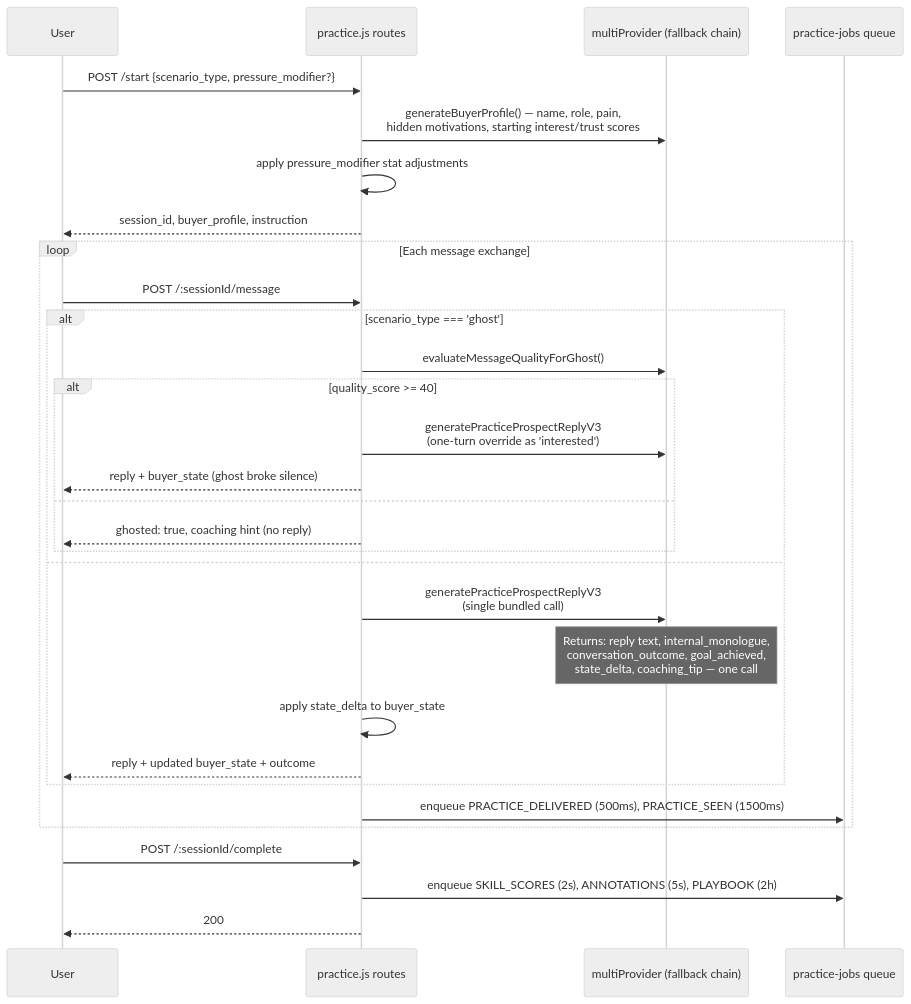
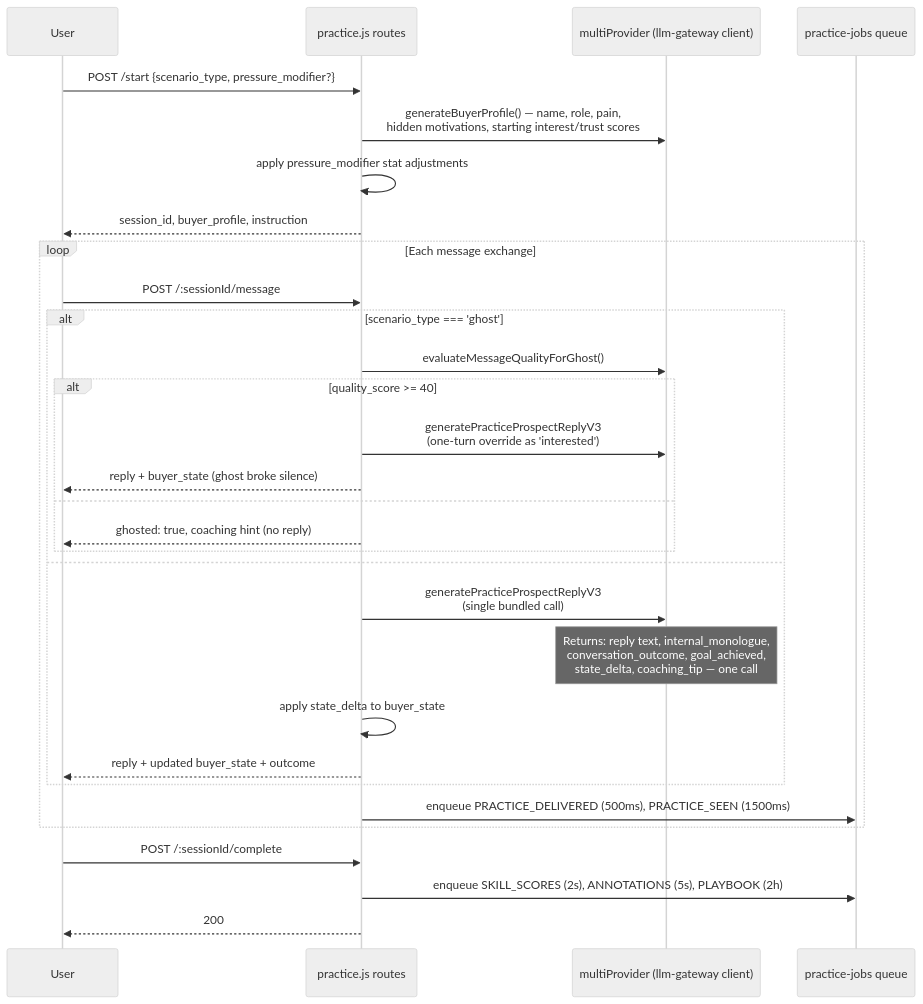
The seventh of 8 diagrams in ARCHITECTURE.md (Devpaul-01/Foundersales), drawn with Mermaid (neutral theme) before and after one commit. The commit also changed other lines of this file and 4 other files, not shown here.

First line of the commit message:
docs: update for llm-gateway migration

````diff
--- a/ARCHITECTURE.md
+++ b/ARCHITECTURE.md
@@ -322,35 +337,35 @@
 ```mermaid
 sequenceDiagram
     participant U as User
     participant R as practice.js routes
-    participant AI as multiProvider (fallback chain)
+    participant AI as multiProvider (llm-gateway client)
     participant Q as practice-jobs queue
 
     U->>R: POST /start {scenario_type, pressure_modifier?}
     R->>AI: generateBuyerProfile() — name, role, pain,<br/>hidden motivations, starting interest/trust scores
     R->>R: apply pressure_modifier stat adjustments
     R-->>U: session_id, buyer_profile, instruction
 
     loop Each message exchange
         U->>R: POST /:sessionId/message
         alt scenario_type === 'ghost'
             R->>AI: evaluateMessageQualityForGhost()
             alt quality_score >= 40
                 R->>AI: generatePracticeProspectReplyV3<br/>(one-turn override as 'interested')
                 R-->>U: reply + buyer_state (ghost broke silence)
             else
                 R-->>U: ghosted: true, coaching hint (no reply)
             end
         else
             R->>AI: generatePracticeProspectReplyV3<br/>(single bundled call)
             Note over AI: Returns: reply text, internal_monologue,<br/>conversation_outcome, goal_achieved,<br/>state_delta, coaching_tip — one call
             R->>R: apply state_delta to buyer_state
             R-->>U: reply + updated buyer_state + outcome
         end
         R->>Q: enqueue PRACTICE_DELIVERED (500ms), PRACTICE_SEEN (1500ms)
     end
 
     U->>R: POST /:sessionId/complete
     R->>Q: enqueue SKILL_SCORES (2s), ANNOTATIONS (5s), PLAYBOOK (2h)
     R-->>U: 200
 ```
````
